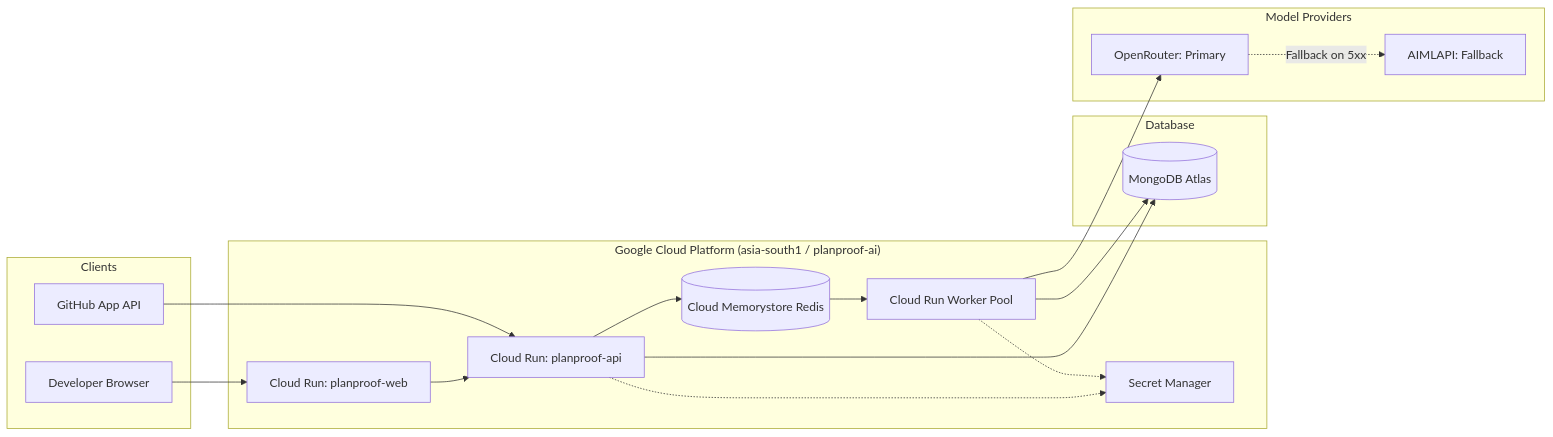
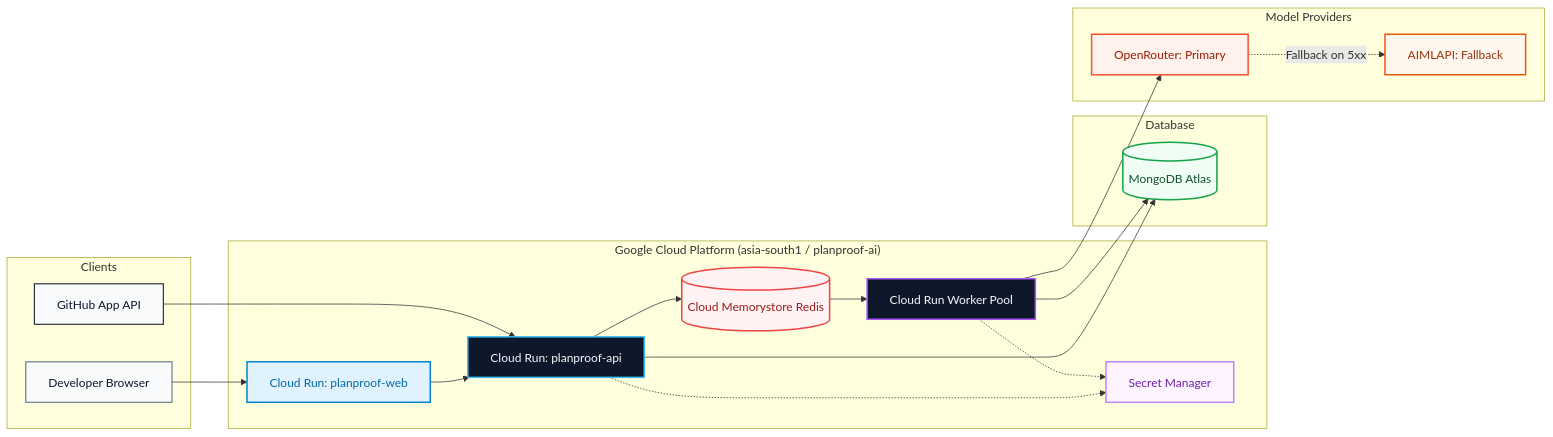
Before and after one commit to NikhilRaikwar/PlanProof: the third of 4 diagrams in README.md, drawn with Mermaid. The commit also changed other lines of this file and 3 other files, not shown here.

Commit message:
docs(readme): polish portfolio presentation, center branding, and enhance architecture diagrams

````diff
--- a/README.md
+++ b/README.md
@@ -203,38 +243,49 @@
 ```mermaid
 flowchart LR
   subgraph Clients["Clients"]
     User[Developer Browser]
     GitHub[GitHub App API]
   end
 
   subgraph GCP["Google Cloud Platform (asia-south1 / planproof-ai)"]
     Web[Cloud Run: planproof-web]
     API[Cloud Run: planproof-api]
     Worker[Cloud Run Worker Pool]
     Redis[(Cloud Memorystore Redis)]
     Secrets[Secret Manager]
   end
 
   subgraph Database["Database"]
     Atlas[(MongoDB Atlas)]
   end
 
   subgraph ModelProviders["Model Providers"]
     OpenRouter[OpenRouter: Primary]
     AIMLAPI[AIMLAPI: Fallback]
   end
 
   User --> Web
   Web --> API
   GitHub --> API
   
   API --> Atlas
   API --> Redis
   API -.-> Secrets
 
   Redis --> Worker
   Worker --> Atlas
   Worker -.-> Secrets
   Worker --> OpenRouter
   OpenRouter -.->|Fallback on 5xx| AIMLAPI
+
+  style Web fill:#e0f2fe,stroke:#0284c7,stroke-width:2px,color:#0369a1
+  style API fill:#0f172a,stroke:#38bdf8,stroke-width:2px,color:#f8fafc
+  style Worker fill:#0f172a,stroke:#a855f7,stroke-width:2px,color:#f8fafc
+  style Redis fill:#fef2f2,stroke:#ef4444,stroke-width:2px,color:#991b1b
+  style Secrets fill:#fdf4ff,stroke:#c084fc,stroke-width:2px,color:#6b21a8
+  style Atlas fill:#f0fdf4,stroke:#16a34a,stroke-width:2px,color:#14532d
+  style OpenRouter fill:#fff1eb,stroke:#ff4d2e,stroke-width:2px,color:#9a1c00
+  style AIMLAPI fill:#fff7ed,stroke:#ea580c,stroke-width:2px,color:#9a3412
+  style User fill:#f8fafc,stroke:#64748b,stroke-width:1.5px,color:#0f172a
+  style GitHub fill:#f8fafc,stroke:#24292f,stroke-width:1.5px,color:#0f172a
 ```
````
